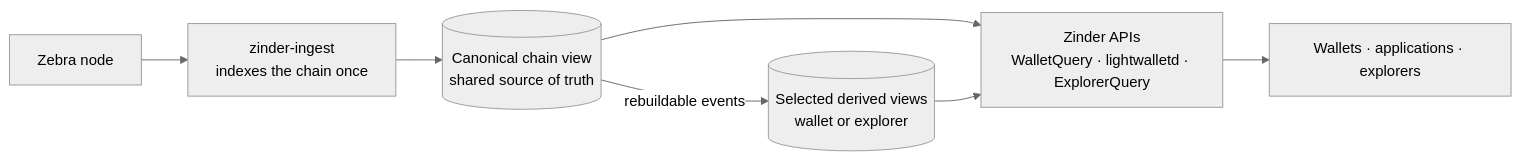
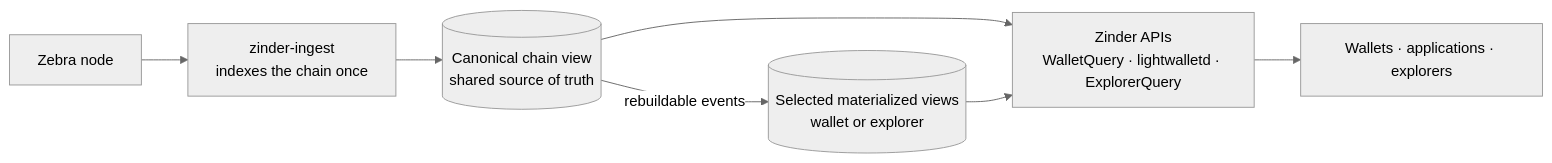
The diagram in README.md (gustavovalverde/zinder), drawn with Mermaid (neutral theme) before and after one commit. The commit also changed other lines of this file and 551 other files, not shown here.

````diff
--- a/README.md
+++ b/README.md
@@ -85,9 +86,9 @@
 ```mermaid
 flowchart LR
     Zebra["Zebra node"] --> Ingest["zinder-ingest<br/>indexes the chain once"]
     Ingest --> Canonical[("Canonical chain view<br/>shared source of truth")]
     Canonical --> APIs["Zinder APIs<br/>WalletQuery · lightwalletd · ExplorerQuery"]
-    Canonical -->|"rebuildable events"| Projections[("Selected derived views<br/>wallet or explorer")]
+    Canonical -->|"rebuildable events"| Projections[("Selected materialized views<br/>wallet or explorer")]
     Projections --> APIs
     APIs --> Consumers["Wallets · applications · explorers"]
 ```
````
